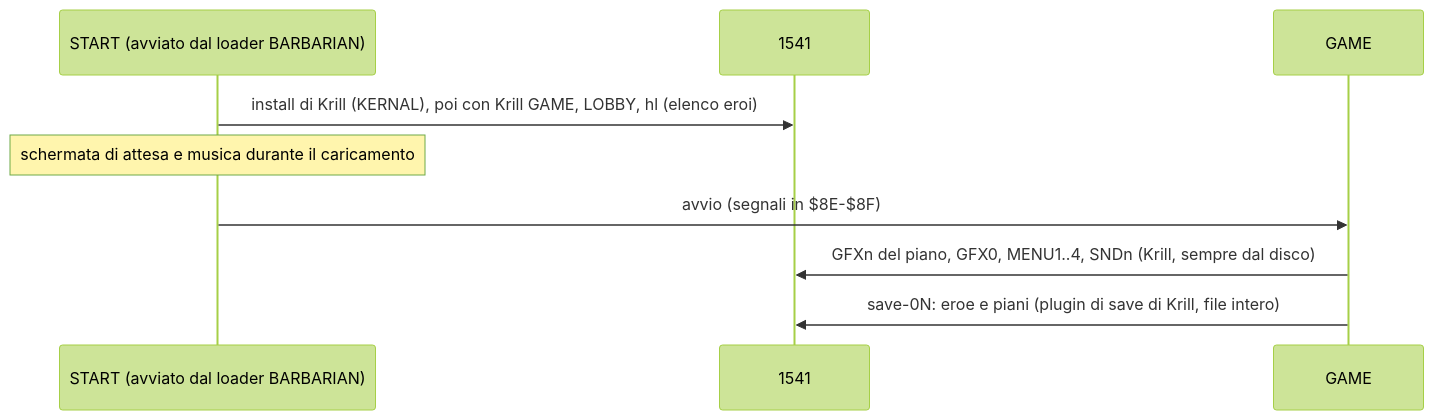
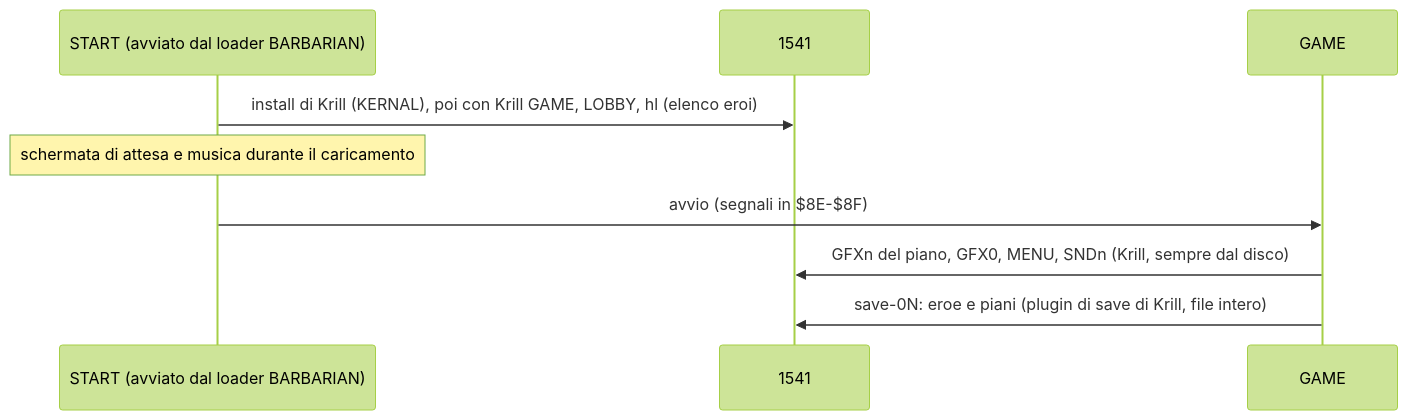
One commit to caporalesimone/barbarian-the-blood-path changed the diagram in docs/wiki/tecnica.md. Above: the diagram before and after it, drawn with Mermaid (forest theme). The commit also changed other lines of this file and 17 other files, not shown here.

````diff
--- a/docs/wiki/tecnica.md
+++ b/docs/wiki/tecnica.md
@@ -63,11 +63,11 @@
 ```mermaid
 sequenceDiagram
     participant L as START (avviato dal loader BARBARIAN)
     participant D as 1541
     participant G as GAME
     L->>D: install di Krill (KERNAL), poi con Krill GAME, LOBBY, hl (elenco eroi)
     Note over L: schermata di attesa e musica durante il caricamento
     L->>G: avvio (segnali in $8E-$8F)
-    G->>D: GFXn del piano, GFX0, MENU1..4, SNDn (Krill, sempre dal disco)
+    G->>D: GFXn del piano, GFX0, MENU, SNDn (Krill, sempre dal disco)
     G->>D: save-0N: eroe e piani (plugin di save di Krill, file intero)
 ```
````
